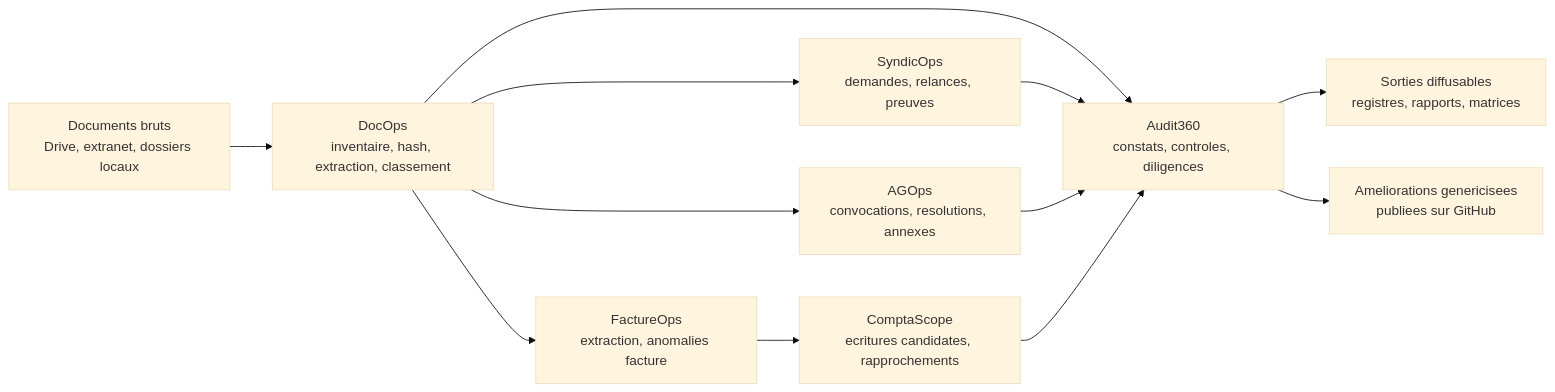
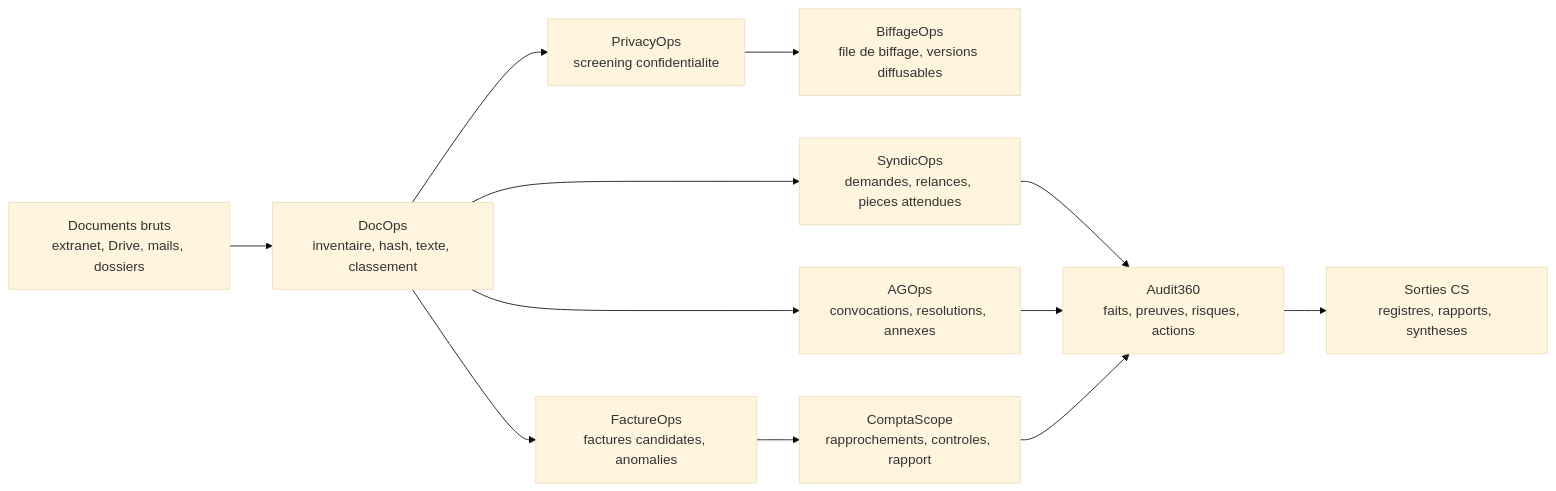
One commit to bthollet/CoproScope changed the diagram in README.md. Above: the diagram before and after it, drawn with Mermaid (base theme). The commit also changed other lines of this file and 17 other files, not shown here.

````diff
--- a/README.md
+++ b/README.md
@@ -15,14 +27,14 @@
 ```mermaid
 flowchart LR
-    A["Documents bruts<br/>Drive, extranet, dossiers locaux"] --> B["DocOps<br/>inventaire, hash, extraction, classement"]
-    B --> C["SyndicOps<br/>demandes, relances, preuves"]
-    B --> D["AGOps<br/>convocations, resolutions, annexes"]
-    B --> I["FactureOps<br/>extraction, anomalies facture"]
-    I --> E["ComptaScope<br/>ecritures candidates, rapprochements"]
-    B --> H["Audit360<br/>constats, controles, diligences"]
-    C --> H
-    D --> H
-    E --> H
-    H --> F["Sorties diffusables<br/>registres, rapports, matrices"]
-    H --> G["Ameliorations genericisees<br/>publiees sur GitHub"]
+    A["Documents bruts<br/>extranet, Drive, mails, dossiers"] --> B["DocOps<br/>inventaire, hash, texte, classement"]
+    B --> C["PrivacyOps<br/>screening confidentialite"]
+    C --> D["BiffageOps<br/>file de biffage, versions diffusables"]
+    B --> E["SyndicOps<br/>demandes, relances, pieces attendues"]
+    B --> F["AGOps<br/>convocations, resolutions, annexes"]
+    B --> G["FactureOps<br/>factures candidates, anomalies"]
+    G --> H["ComptaScope<br/>rapprochements, controles, rapport"]
+    E --> I["Audit360<br/>faits, preuves, risques, actions"]
+    F --> I
+    H --> I
+    I --> J["Sorties CS<br/>registres, rapports, syntheses"]
 ```
````
